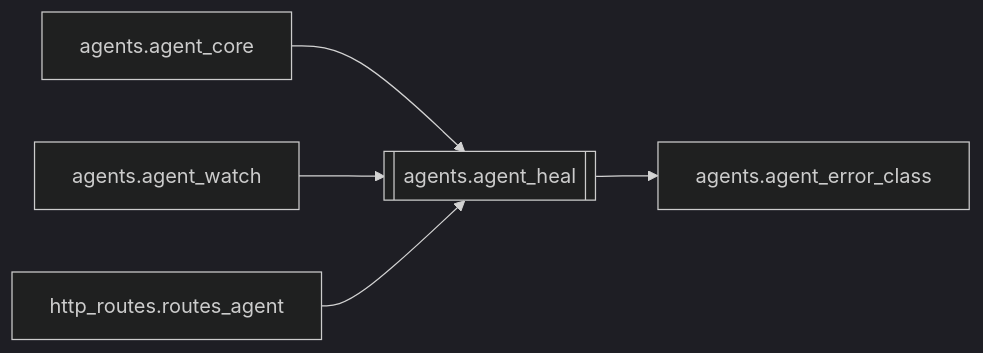
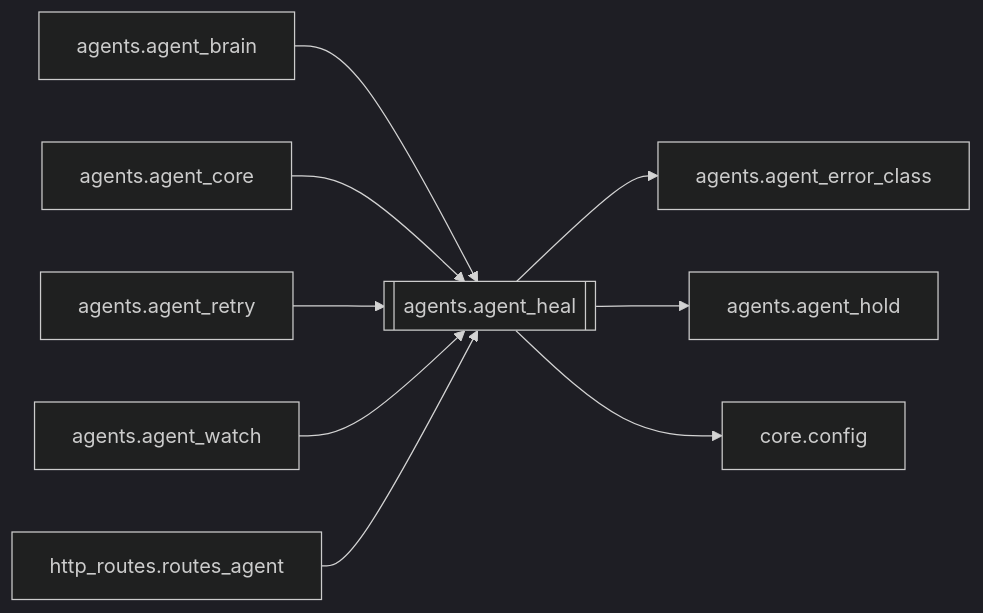
One commit to kjza178/PinelineV5 changed the diagram in docs/brain/modules/agents.agent_heal.md. Above: the diagram before and after it, drawn with Mermaid (dark theme). The commit also changed other lines of this file and 227 other files, not shown here.

````diff
--- a/docs/brain/modules/agents.agent_heal.md
+++ b/docs/brain/modules/agents.agent_heal.md
@@ -16,8 +16,12 @@
 ```mermaid
 flowchart LR
   agents_agent_heal[[agents.agent_heal]]
+  agents_agent_brain[agents.agent_brain] --> agents_agent_heal
   agents_agent_core[agents.agent_core] --> agents_agent_heal
+  agents_agent_retry[agents.agent_retry] --> agents_agent_heal
   agents_agent_watch[agents.agent_watch] --> agents_agent_heal
   http_routes_routes_agent[http_routes.routes_agent] --> agents_agent_heal
   agents_agent_heal --> agents_agent_error_class[agents.agent_error_class]
+  agents_agent_heal --> agents_agent_hold[agents.agent_hold]
+  agents_agent_heal --> core_config[core.config]
 ```
````
